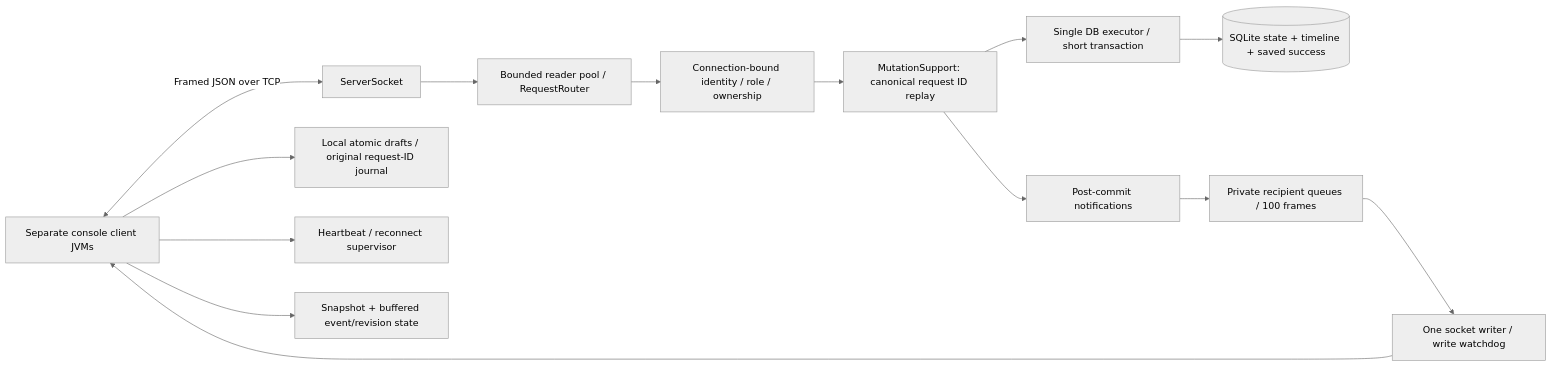
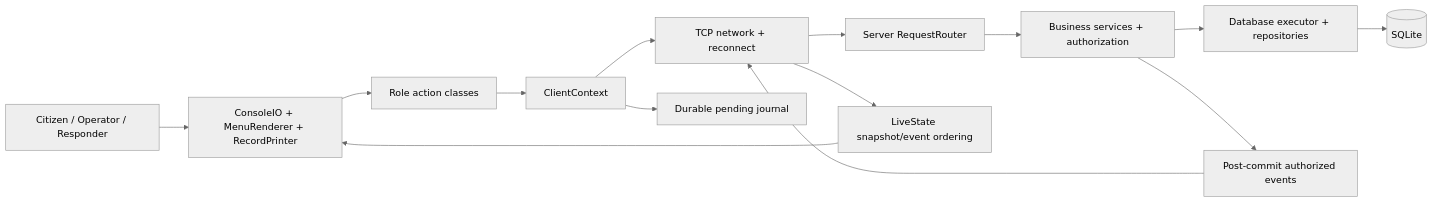
The diagram in docs/design/ARCHITECTURE.md (mhdAfrin/emergency-help-network), drawn with Mermaid (neutral theme) before and after one commit. The commit also changed other lines of this file and 199 other files, not shown here.

````diff
--- a/docs/design/ARCHITECTURE.md
+++ b/docs/design/ARCHITECTURE.md
@@ -5,16 +3,16 @@
 ```mermaid
 flowchart LR
- C[Separate console client JVMs] <-->|Framed JSON over TCP| S[ServerSocket]
- S --> R[Bounded reader pool / RequestRouter]
- R --> A[Connection-bound identity / role / ownership]
- A --> M[MutationSupport: canonical request ID replay]
- M --> D[Single DB executor / short transaction]
- D --> DB[(SQLite state + timeline + saved success)]
- M --> N[Post-commit notifications]
- N --> Q[Private recipient queues / 100 frames]
- Q --> W[One socket writer / write watchdog]
- W --> C
- C --> J[Local atomic drafts / original request-ID journal]
- C --> H[Heartbeat / reconnect supervisor]
- C --> L[Snapshot + buffered event/revision state]
+  U[Citizen / Operator / Responder] --> UI[ConsoleIO + MenuRenderer + RecordPrinter]
+  UI --> A[Role action classes]
+  A --> C[ClientContext]
+  C --> N[TCP network + reconnect]
+  C --> J[Durable pending journal]
+  N --> R[Server RequestRouter]
+  R --> S[Business services + authorization]
+  S --> D[Database executor + repositories]
+  D --> Q[(SQLite)]
+  S --> E[Post-commit authorized events]
+  E --> N
+  N --> L[LiveState snapshot/event ordering]
+  L --> UI
 ```
````
